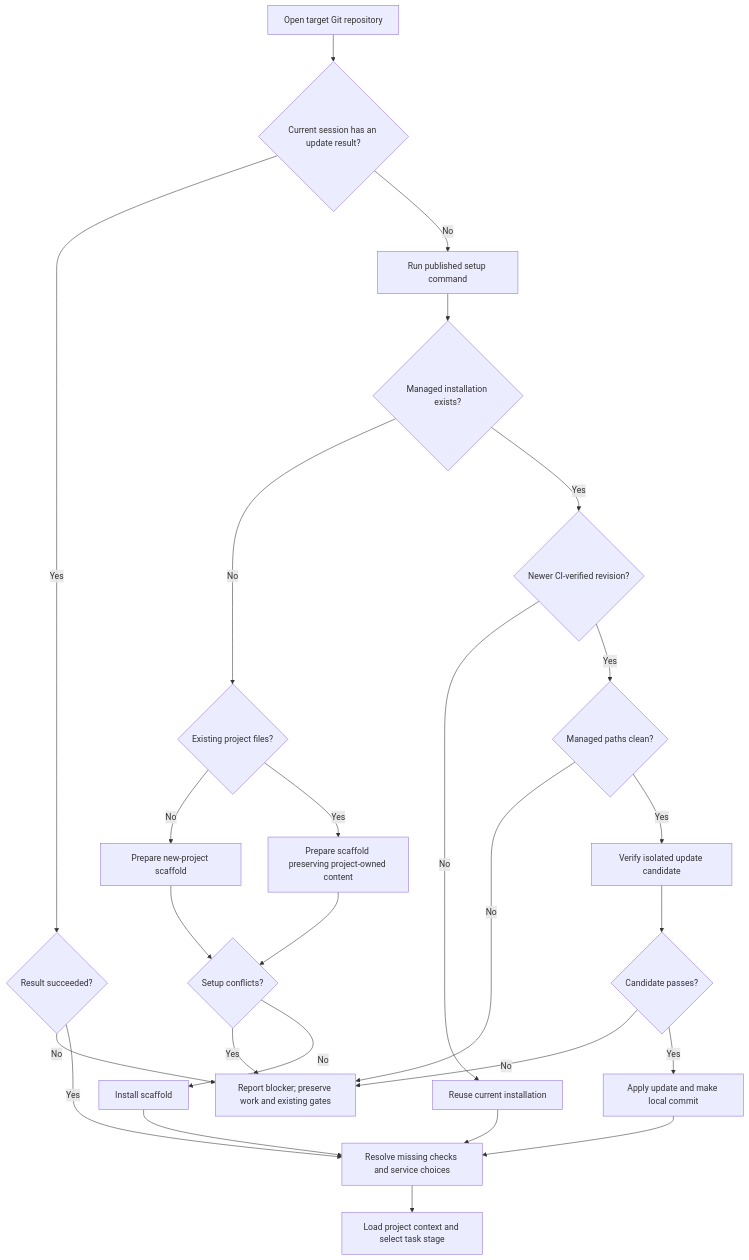
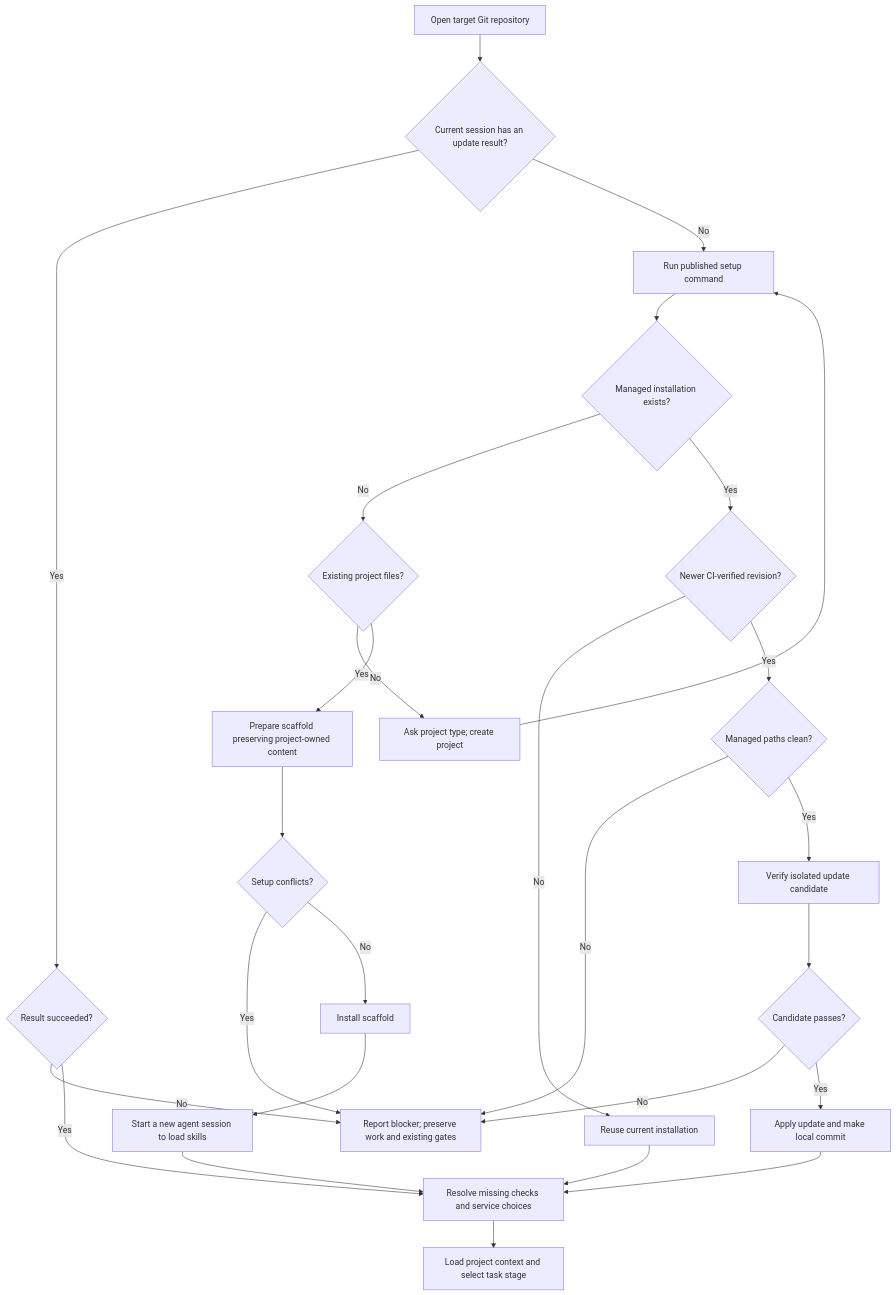
One commit to sgaabdu4/hard-eng changed the first of 7 diagrams in README.md. Above: the diagram before and after it, drawn with Mermaid. The commit also changed other lines of this file and 4 other files, not shown here.

First line of the commit message:
fix: ask the project type in an empty repository and use Riverpod for new Flutter apps (#120)

````diff
--- a/README.md
+++ b/README.md
@@ -29,28 +30,29 @@
 ```mermaid
 flowchart TD
   A[Open target Git repository] --> B{Current session has an update result?}
   B -->|Yes| R{Result succeeded?}
   B -->|No| C[Run published setup command]
   C --> D{Managed installation exists?}
   D -->|No| E{Existing project files?}
-  E -->|No| N[Prepare new-project scaffold]
+  E -->|No| N[Ask project type; create project]
+  N --> C
   E -->|Yes| P[Prepare scaffold preserving project-owned content]
-  N --> F{Setup conflicts?}
-  P --> F
+  P --> F{Setup conflicts?}
   F -->|Yes| X[Report blocker; preserve work and existing gates]
   F -->|No| I[Install scaffold]
   D -->|Yes| V{Newer CI-verified revision?}
   V -->|No| H[Reuse current installation]
   V -->|Yes| M{Managed paths clean?}
   M -->|No| X
   M -->|Yes| T[Verify isolated update candidate]
   T --> Q{Candidate passes?}
   Q -->|No| X
   Q -->|Yes| U[Apply update and make local commit]
   R -->|No| X
   R -->|Yes| Z[Resolve missing checks and service choices]
-  I --> Z
+  I --> S[Start a new agent session to load skills]
+  S --> Z
   H --> Z
   U --> Z
   Z --> W[Load project context and select task stage]
 ```
````
